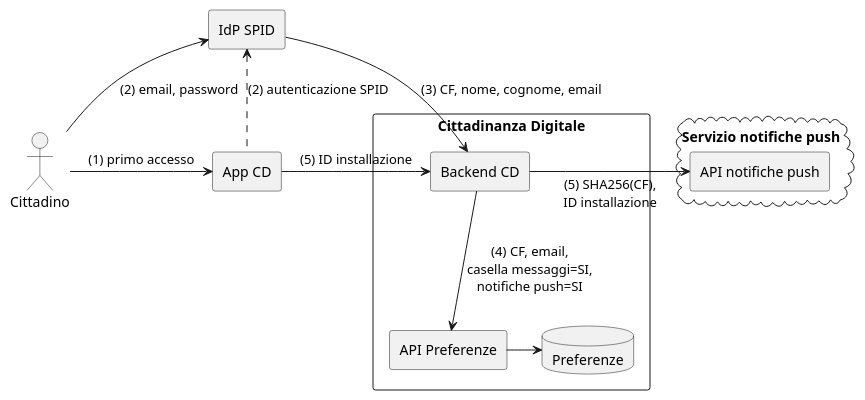
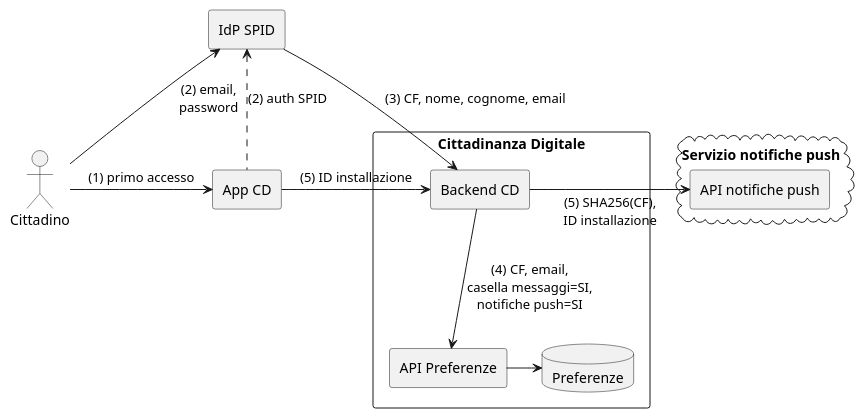
Before and after one commit to pagopa-archive/io: the diagram in gdpr/diagrams/profilo-creazione.puml, drawn with PlantUML. The commit also changed 16 other files, not shown here.

```diff
--- a/gdpr/diagrams/profilo-creazione.puml
+++ b/gdpr/diagrams/profilo-creazione.puml
@@ -1,37 +1,37 @@
 @startuml
 
 :Cittadino: as cittadino
 
 agent "IdP SPID" as idp
 
 agent "App CD" as app
 
 rectangle "Cittadinanza Digitale" {
   agent "Backend CD" as backend
 
   agent "API Preferenze" as apipreferenze
 
   database "Preferenze" as dbpreferenze
 }
 
 cloud "Servizio notifiche push" {
   agent "API notifiche push" as apinotifiche
 }
 
 cittadino -> app : (1) primo accesso
 
-app .up.> idp : (2) autenticazione SPID
+app .u.> idp : (2) auth SPID
 
-cittadino -up-> idp : (2) email, password
+cittadino -u-> idp : (2) email,\npassword
 
 idp -> backend : (3) CF, nome, cognome, email
 
-backend -down-> apipreferenze : (4) CF, email,\ncasella messaggi=SI,\nnotifiche push=SI
+backend -d-> apipreferenze : (4) CF, email,\ncasella messaggi=SI,\nnotifiche push=SI
 
-apipreferenze -right-> dbpreferenze
+apipreferenze -r-> dbpreferenze
 
 app -> backend : (5) ID installazione
 
-backend -right-> apinotifiche : (5) SHA256(CF),\nID installazione
+backend -r-> apinotifiche : (5) SHA256(CF),\nID installazione
 
 @enduml
```
